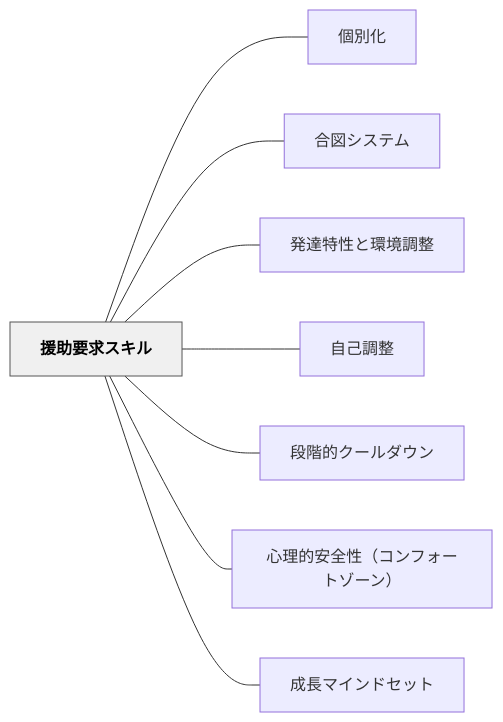
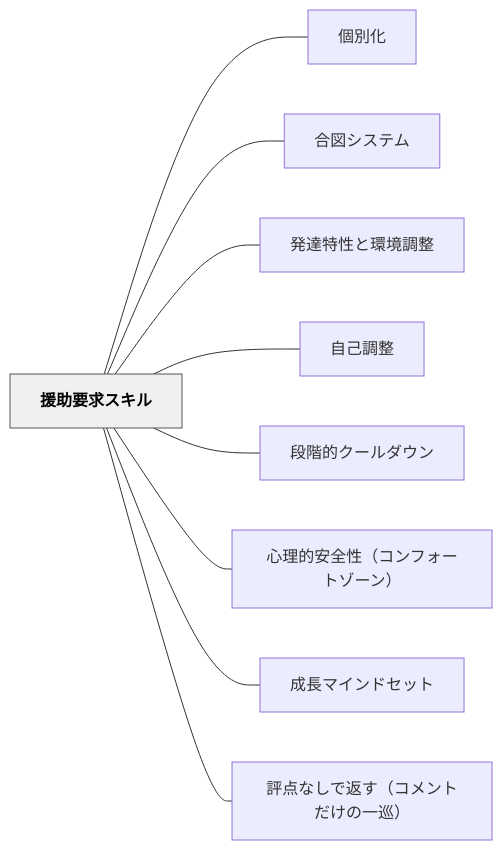
One commit to unknownthings-ed-patterns/unknownthings-ed-patterns changed the diagram in content/パタン/援助要求スキル.md. Above: the diagram before and after it, drawn with Mermaid. The commit also changed other lines of this file, not shown here.

````diff
--- a/content/パタン/援助要求スキル.md
+++ b/content/パタン/援助要求スキル.md
@@ -144,22 +168,24 @@
 ```mermaid
 flowchart LR
     ne68fb4e58aa9e8a681e6b182e382b9e382ade383ab["援助要求スキル"]
     ne5808be588a5e58c96["個別化"]
     ne59088e59bb3e382b7e382b9e38386e383a0["合図システム"]
     ne799bae98194e789b9e680a7e381a8e792b0e5a283e8aabfe695b4["発達特性と環境調整"]
     ne887aae5b7b1e8aabfe695b4["自己調整"]
     ne6aeb5e99a8ee79a84e382afe383bce383abe38380e382a6e383b3["段階的クールダウン"]
     ne5bf83e79086e79a84e5ae89e585a8e680a7efbc88e382b3e383b3e38395e382a9e383bce38388e382bee383bce383b3efbc89["心理的安全性（コンフォートゾーン）"]
     ne68890e995b7e3839ee382a4e383b3e38389e382bbe38383e38388["成長マインドセット"]
+    ne8a995e782b9e381aae38197e381a7e8bf94e38199efbc88e382b3e383a1e383b3e38388e381a0e38191e381aee4b880e5b7a1efbc89["評点なしで返す（コメントだけの一巡）"]
 
     ne68fb4e58aa9e8a681e6b182e382b9e382ade383ab --- ne5808be588a5e58c96
     ne68fb4e58aa9e8a681e6b182e382b9e382ade383ab --- ne59088e59bb3e382b7e382b9e38386e383a0
     ne68fb4e58aa9e8a681e6b182e382b9e382ade383ab --- ne799bae98194e789b9e680a7e381a8e792b0e5a283e8aabfe695b4
     ne68fb4e58aa9e8a681e6b182e382b9e382ade383ab --- ne887aae5b7b1e8aabfe695b4
     ne68fb4e58aa9e8a681e6b182e382b9e382ade383ab --- ne6aeb5e99a8ee79a84e382afe383bce383abe38380e382a6e383b3
     ne68fb4e58aa9e8a681e6b182e382b9e382ade383ab --- ne5bf83e79086e79a84e5ae89e585a8e680a7efbc88e382b3e383b3e38395e382a9e383bce38388e382bee383bce383b3efbc89
     ne68fb4e58aa9e8a681e6b182e382b9e382ade383ab --- ne68890e995b7e3839ee382a4e383b3e38389e382bbe38383e38388
+    ne68fb4e58aa9e8a681e6b182e382b9e382ade383ab --- ne8a995e782b9e381aae38197e381a7e8bf94e38199efbc88e382b3e383a1e383b3e38388e381a0e38191e381aee4b880e5b7a1efbc89
 
     classDef hub fill:#f0f0f0,stroke:#555,color:#000,font-weight:bold
     class ne68fb4e58aa9e8a681e6b182e382b9e382ade383ab hub
 ```
````
